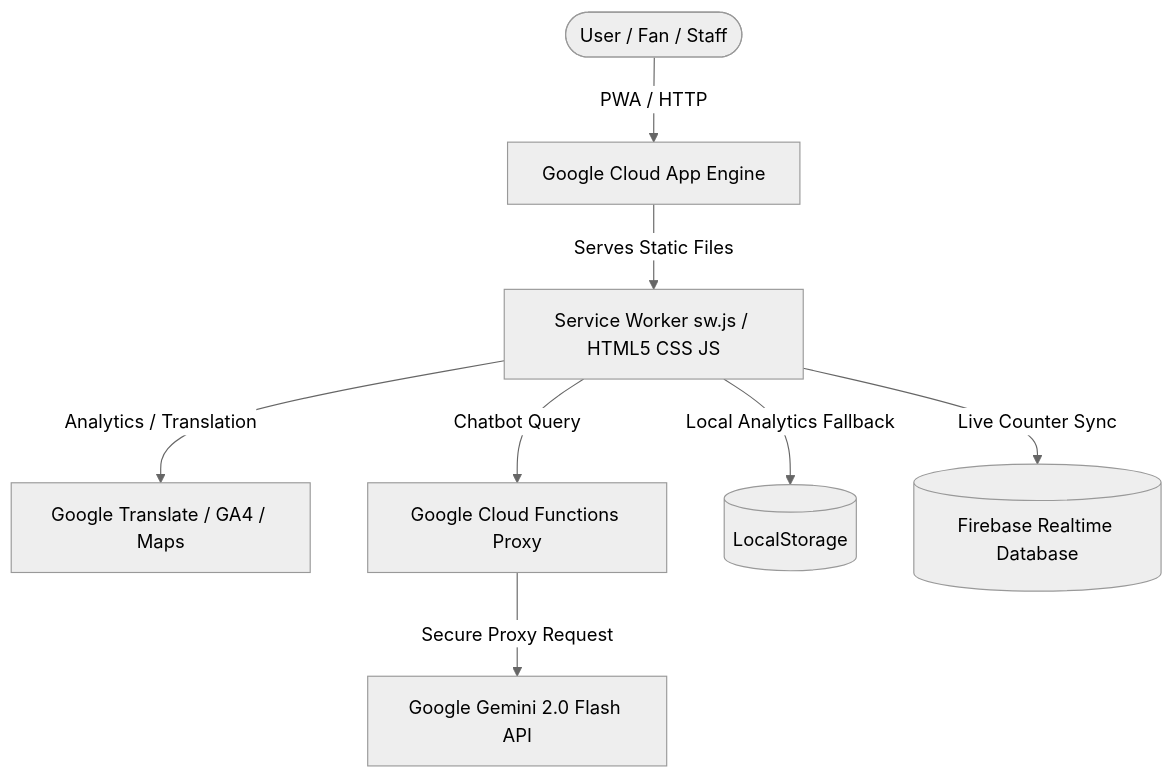
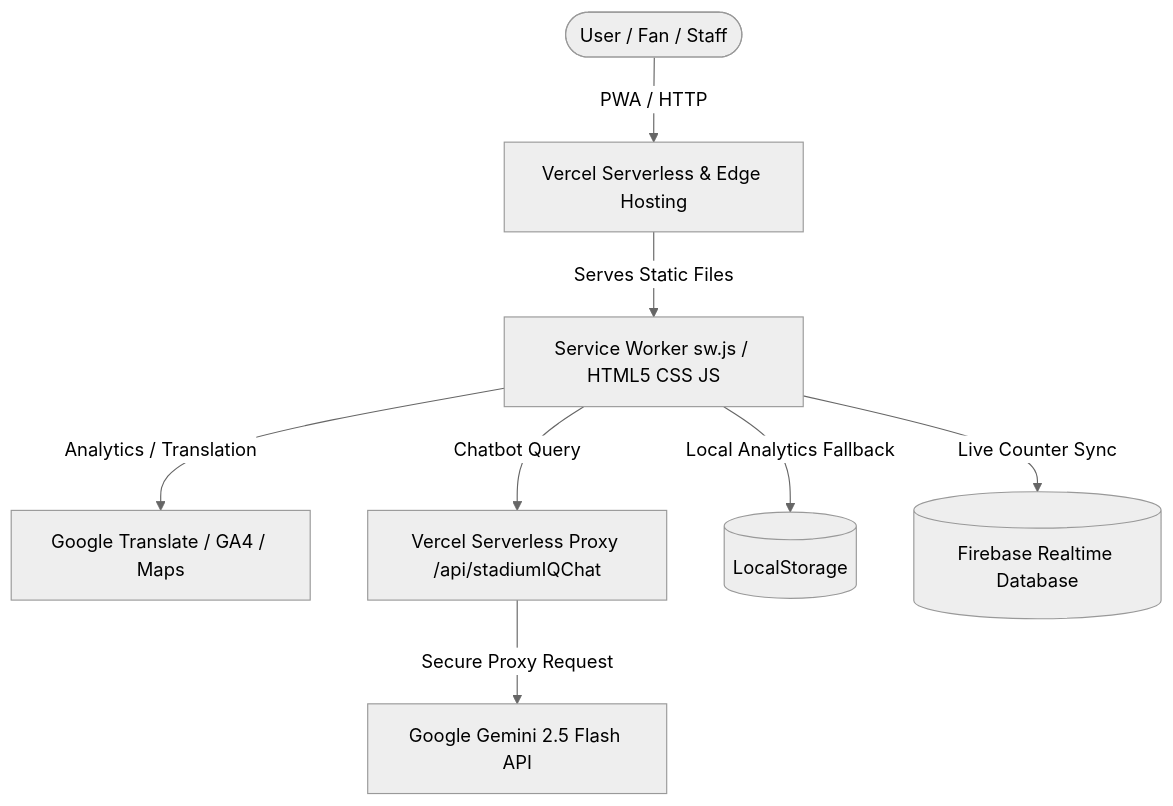
The diagram in README.md (sourajit-dey/StadiumIQ-promptwar), drawn with Mermaid (neutral theme) before and after one commit. The commit also changed other lines of this file, not shown here.

Commit message:
Update README.md to document Vercel Serverless Function architecture

````diff
--- a/README.md
+++ b/README.md
@@ -11,10 +11,10 @@
 ```mermaid
 graph TD
-  User([User / Fan / Staff]) -->|PWA / HTTP| AppEngine[Google Cloud App Engine]
-  AppEngine -->|Serves Static Files| PWA[Service Worker sw.js / HTML5 CSS JS]
+  User([User / Fan / Staff]) -->|PWA / HTTP| Vercel[Vercel Serverless & Edge Hosting]
+  Vercel -->|Serves Static Files| PWA[Service Worker sw.js / HTML5 CSS JS]
   PWA -->|Analytics / Translation| ExternalAPIs[Google Translate / GA4 / Maps]
-  PWA -->|Chatbot Query| CloudFunction[Google Cloud Functions Proxy]
+  PWA -->|Chatbot Query| VercelFunction[Vercel Serverless Proxy /api/stadiumIQChat]
   PWA -->|Local Analytics Fallback| LocalStorage[(LocalStorage)]
   PWA -->|Live Counter Sync| Firebase[(Firebase Realtime Database)]
-  CloudFunction -->|Secure Proxy Request| GeminiAPI[Google Gemini 2.0 Flash API]
+  VercelFunction -->|Secure Proxy Request| GeminiAPI[Google Gemini 2.5 Flash API]
 ```
````
